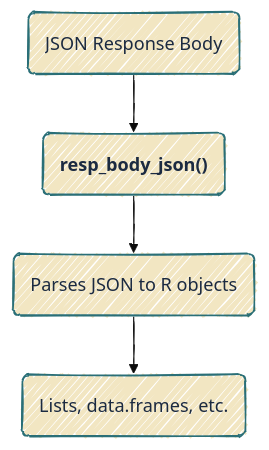
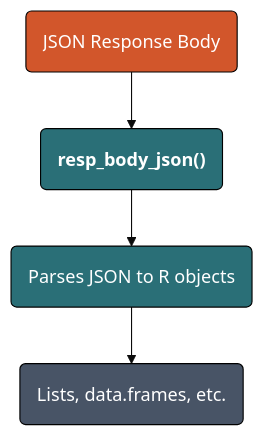
The fifth of 6 diagrams in r-app-api.qmd (mjfrigaard/do4ds-labs), drawn with Mermaid before and after one commit. The commit also changed other lines of this file and 48 other files, not shown here.

````diff
--- a/r-app-api.qmd
+++ b/r-app-api.qmd
@@ -401,13 +412,16 @@
 ```{mermaid}
 %%| fig-width: 6.5
-%%| fig-align: center
-%%{init: {'theme': 'base', 'look': 'handDrawn', 'themeVariables': {'fontFamily': 'monospace'}}}%%
+%%| fig-align: 'center'
+%%{init: {'theme': 'base', 'themeVariables': {'fontFamily': 'monospace'}}}%%
 
 graph TD
       A("JSON Response Body") --> B("<strong>resp_body_json()</strong>")
       B --> C("Parses JSON to R objects")
       C --> D("Lists, data.frames, etc.")
-    classDef default fill:#F2E6C2,stroke:#2A6F77,color:#1B2A41
+    style A fill:#D2562B,stroke:#000000,stroke-width:1px,color:#ffffff
+    style B fill:#2A6F77,stroke:#000000,stroke-width:1px,color:#ffffff
+    style C fill:#2A6F77,stroke:#000000,stroke-width:1px,color:#ffffff
+    style D fill:#485466,stroke:#000000,stroke-width:1px,color:#ffffff
 
 
 ```
````
